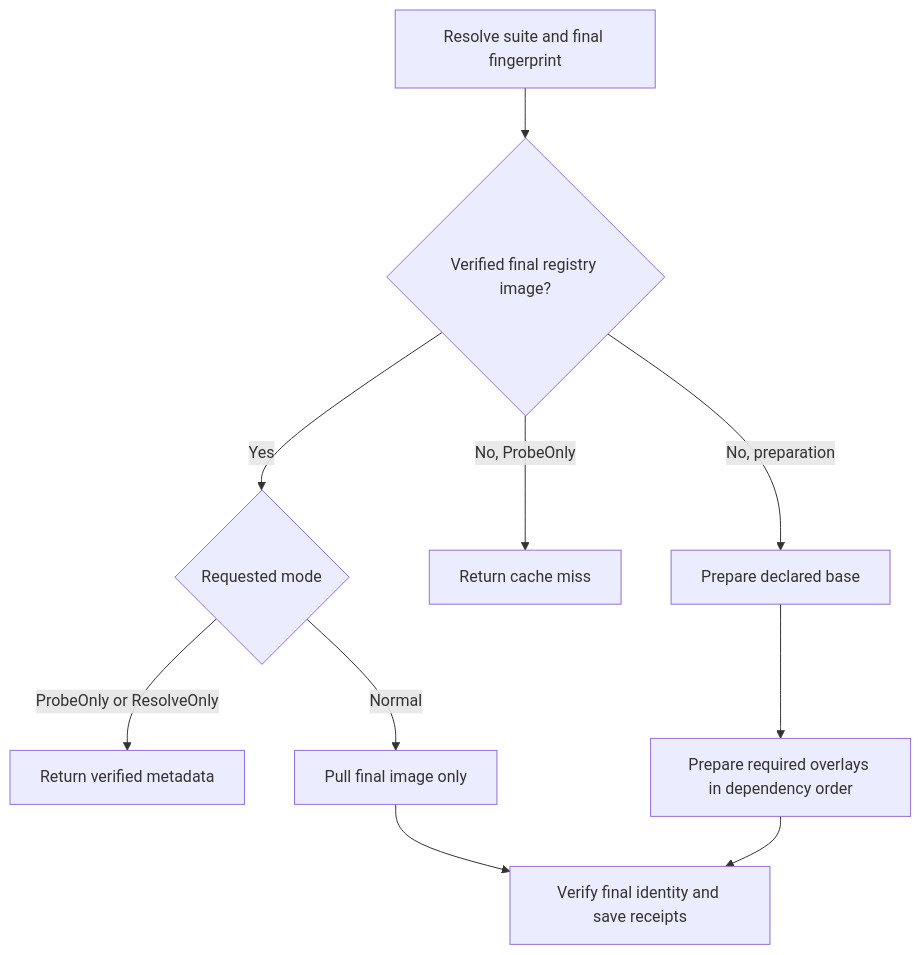
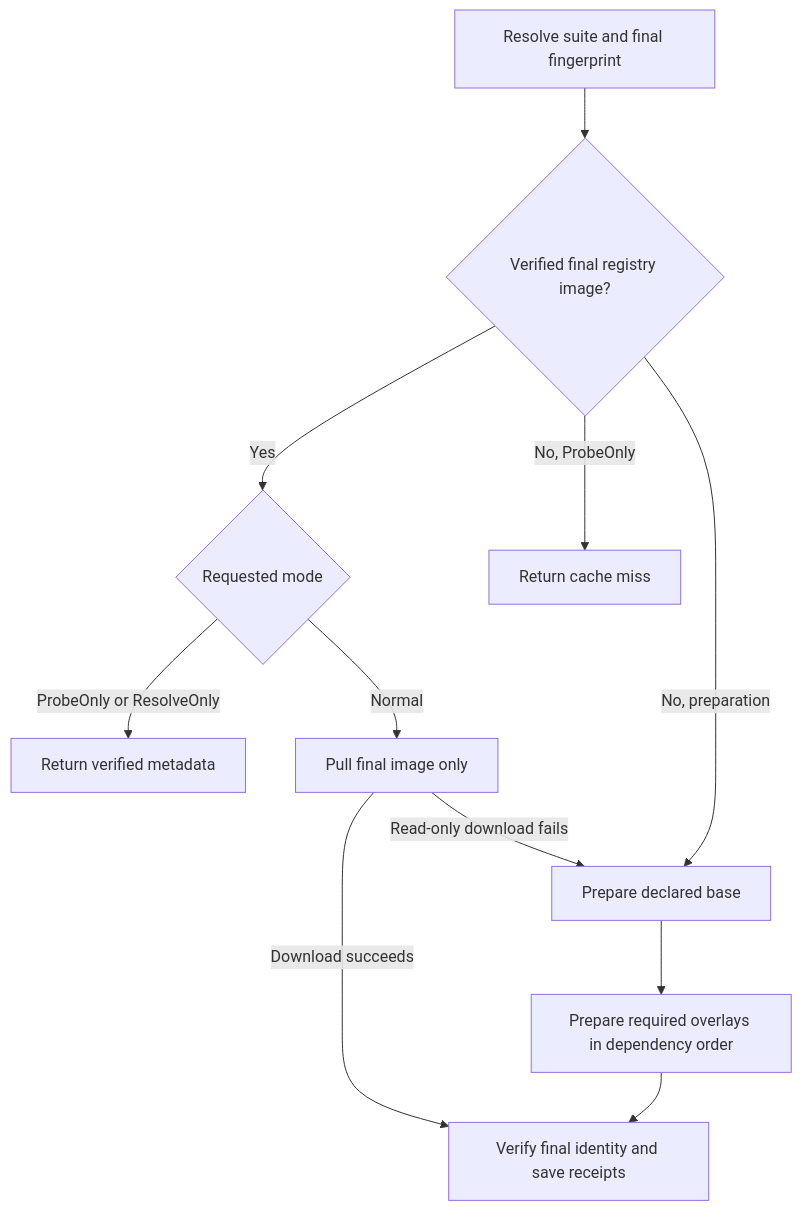
The diagram in docs/scripts/New-CiSuiteImage.md (FrenchExDev2/QuietCli.PoSh), drawn with Mermaid before and after one commit. The commit also changed other lines of this file and 12 other files, not shown here.

Commit message:
Fall back to local CI image builds when a registry pull fails

````diff
--- a/docs/scripts/New-CiSuiteImage.md
+++ b/docs/scripts/New-CiSuiteImage.md
@@ -31,12 +31,13 @@
 ```mermaid
 flowchart TD
     P[Resolve suite and final fingerprint] --> H{Verified final registry image?}
     H -- Yes --> M{Requested mode}
     M -- ProbeOnly or ResolveOnly --> REF[Return verified metadata]
     M -- Normal --> PULL[Pull final image only]
     H -- No, ProbeOnly --> MISS[Return cache miss]
     H -- No, preparation --> BASE[Prepare declared base]
     BASE --> L[Prepare required overlays in dependency order]
     L --> FINAL[Verify final identity and save receipts]
-    PULL --> FINAL
+    PULL -- Download succeeds --> FINAL
+    PULL -- Read-only download fails --> BASE
 ```
````
